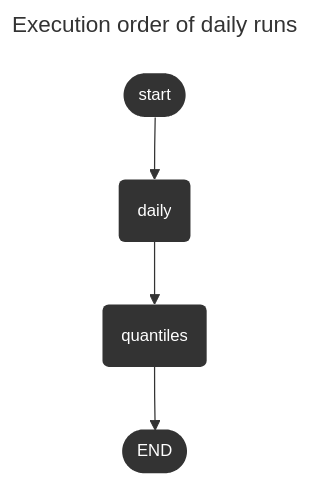
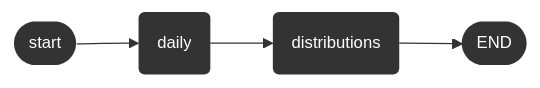
One commit to excomputing/.github changed the first of 2 diagrams in profile/README.md. Above: the diagram before and after it, drawn with Mermaid. The commit also changed other lines of this file, not shown here.

````diff
--- a/profile/README.md
+++ b/profile/README.md
@@ -8,11 +10,8 @@
 ```mermaid
----
-title: Execution order of daily runs
----
-flowchart TD    
+flowchart LR   
     id0([start]) --> id1(<span title="get yesterday's nitrogen readings">daily</span>)
-    id1 --> id2(<span title="recalculate the daily quantiles across time">quantiles</span>)
+    id1 --> id2(<span title="recalculate the daily quantiles across time">distributions</span>)
     id2 --> id3([END])
     
     classDef default fill:#333333,stroke:#333333,stroke-width:0px,color:#ffffff,font-size:10pt;
 ```
````
